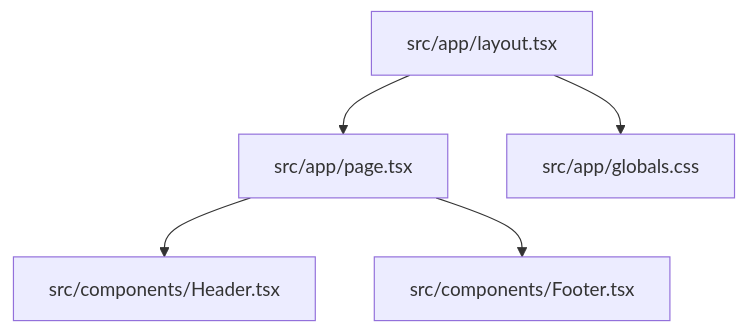
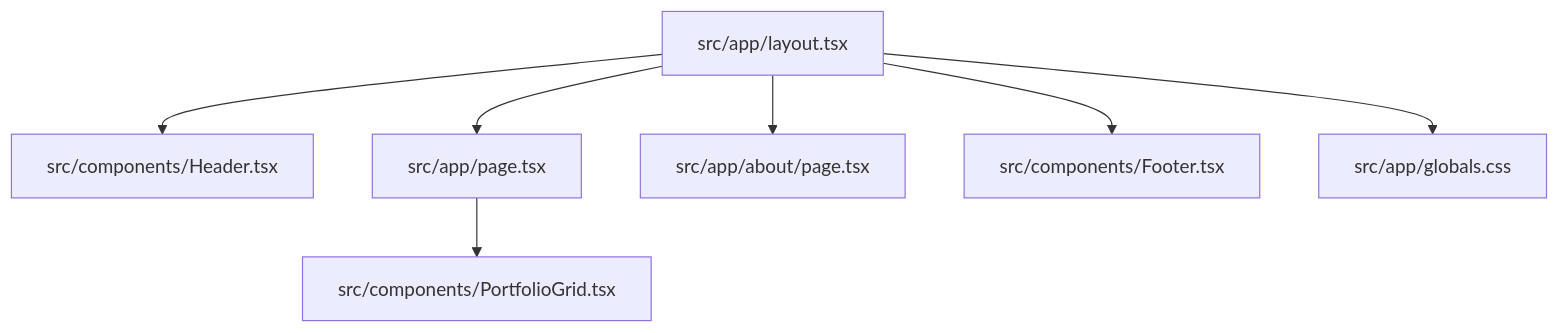
One commit to vele616/website-black-vomit changed the diagram in lode/practices.md. Above: the diagram before and after it, drawn with Mermaid. The commit also changed other lines of this file and 27 other files, not shown here.

````diff
--- a/lode/practices.md
+++ b/lode/practices.md
@@ -11,7 +13,9 @@
 ```mermaid
 flowchart TD
-  RootLayout["src/app/layout.tsx"] --> Home["src/app/page.tsx"]
-  Home --> Header["src/components/Header.tsx"]
-  Home --> Footer["src/components/Footer.tsx"]
+  RootLayout["src/app/layout.tsx"] --> Header["src/components/Header.tsx"]
+  RootLayout --> Home["src/app/page.tsx"]
+  RootLayout --> About["src/app/about/page.tsx"]
+  RootLayout --> Footer["src/components/Footer.tsx"]
+  Home --> PortfolioGrid["src/components/PortfolioGrid.tsx"]
   RootLayout --> GlobalStyles["src/app/globals.css"]
 ```
````
